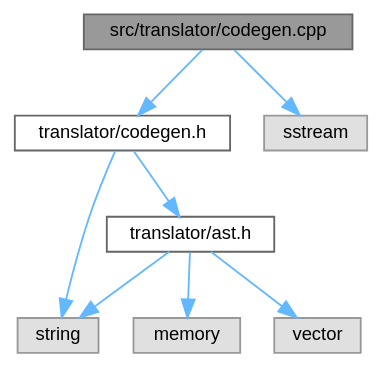
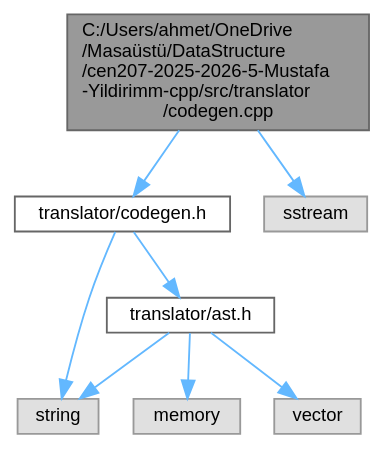
Before and after one commit to mustafayldrnn/cen207-2025-2026-5-Mustafa-Yildirimm-cpp: the diagram in docs/doxygenlibwin/rtf/codegen_8cpp__incl.dot, drawn with Graphviz. The commit also changed 1110 other files, not shown here.

```diff
--- a/docs/doxygenlibwin/rtf/codegen_8cpp__incl.dot
+++ b/docs/doxygenlibwin/rtf/codegen_8cpp__incl.dot
@@ -1,22 +1,22 @@
-digraph "src/translator/codegen.cpp"
+digraph "C:/Users/ahmet/OneDrive/Masaüstü/DataStructure/cen207-2025-2026-5-Mustafa-Yildirimm-cpp/src/translator/codegen.cpp"
 {
  // INTERACTIVE_SVG=YES
  // LATEX_PDF_SIZE
   bgcolor="transparent";
   edge [fontname=Helvetica,fontsize=10,labelfontname=Helvetica,labelfontsize=10];
   node [fontname=Helvetica,fontsize=10,shape=box,height=0.2,width=0.4];
-  Node1 [id="Node000001",label="src/translator/codegen.cpp",height=0.2,width=0.4,color="gray40", fillcolor="grey60", style="filled", fontcolor="black",tooltip="AST'yi C++ kaynak koduna dönüştüren yordamların uygulaması."];
+  Node1 [id="Node000001",label="C:/Users/ahmet/OneDrive\l/Masaüstü/DataStructure\l/cen207-2025-2026-5-Mustafa\l-Yildirimm-cpp/src/translator\l/codegen.cpp",height=0.2,width=0.4,color="gray40", fillcolor="grey60", style="filled", fontcolor="black",tooltip="AST'yi C++ kaynak koduna dönüştüren yordamların uygulaması."];
   Node1 -> Node2 [id="edge15_Node000001_Node000002",color="steelblue1",style="solid",tooltip=" "];
   Node2 [id="Node000002",label="translator/codegen.h",height=0.2,width=0.4,color="grey40", fillcolor="white", style="filled",URL="$codegen_8h.html",tooltip="AST'ten C++ kodu üretimi için arabirim."];
   Node2 -> Node3 [id="edge16_Node000002_Node000003",color="steelblue1",style="solid",tooltip=" "];
   Node3 [id="Node000003",label="string",height=0.2,width=0.4,color="grey60", fillcolor="#E0E0E0", style="filled",tooltip=" "];
   Node2 -> Node4 [id="edge17_Node000002_Node000004",color="steelblue1",style="solid",tooltip=" "];
   Node4 [id="Node000004",label="translator/ast.h",height=0.2,width=0.4,color="grey40", fillcolor="white", style="filled",URL="$ast_8h.html",tooltip="Basit ifade ve deyim ağaçları (AST) tanımları"];
   Node4 -> Node5 [id="edge18_Node000004_Node000005",color="steelblue1",style="solid",tooltip=" "];
   Node5 [id="Node000005",label="memory",height=0.2,width=0.4,color="grey60", fillcolor="#E0E0E0", style="filled",tooltip=" "];
   Node4 -> Node3 [id="edge19_Node000004_Node000003",color="steelblue1",style="solid",tooltip=" "];
   Node4 -> Node6 [id="edge20_Node000004_Node000006",color="steelblue1",style="solid",tooltip=" "];
   Node6 [id="Node000006",label="vector",height=0.2,width=0.4,color="grey60", fillcolor="#E0E0E0", style="filled",tooltip=" "];
   Node1 -> Node7 [id="edge21_Node000001_Node000007",color="steelblue1",style="solid",tooltip=" "];
   Node7 [id="Node000007",label="sstream",height=0.2,width=0.4,color="grey60", fillcolor="#E0E0E0", style="filled",tooltip=" "];
 }
```
